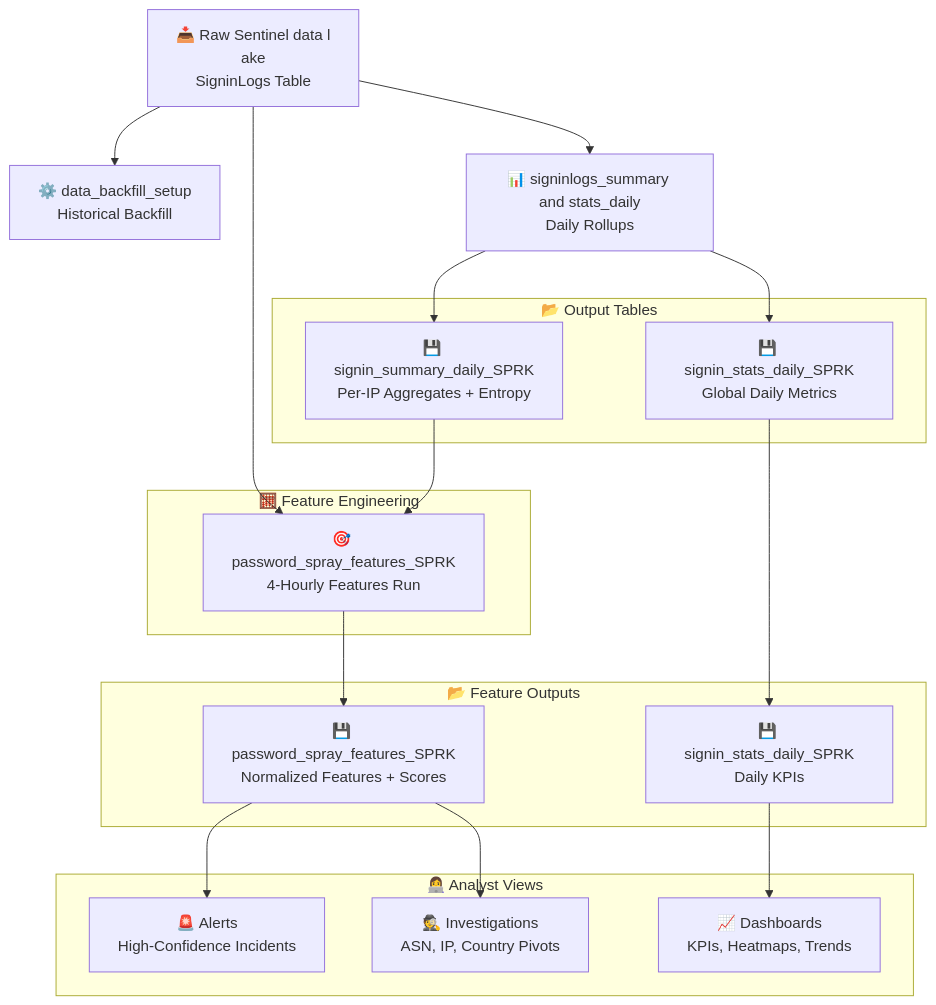
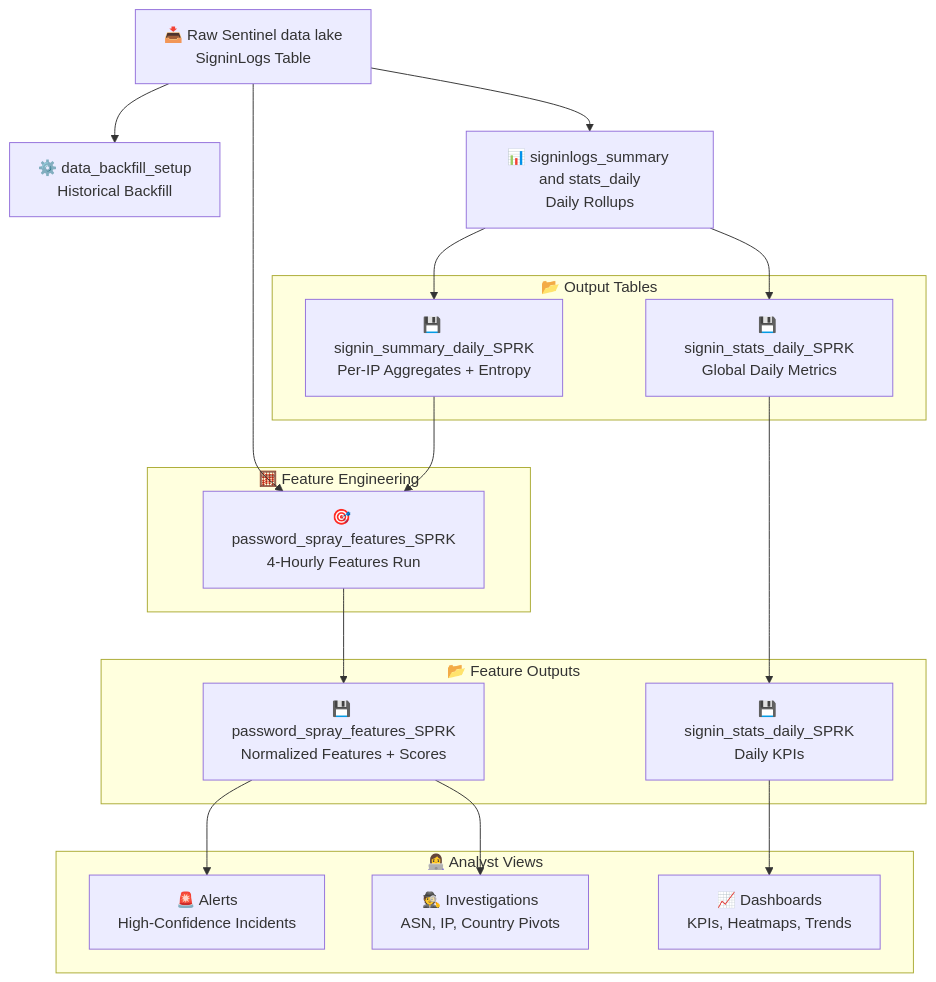
Before and after one commit to microsoft/Sentinel: the diagram in data lake/notebooks/PasswordSpray/README.md, drawn with Mermaid. The commit also changed other lines of this file and 4 other files, not shown here.

````diff
--- a/data lake/notebooks/PasswordSpray/README.md
+++ b/data lake/notebooks/PasswordSpray/README.md
@@ -49,46 +49,45 @@
 ```mermaid
 flowchart TD
     %% Raw Data
-    A[📥 Raw Sentinel data l
-    ake<br/>SigninLogs Table]
+    A[📥 Raw Sentinel data lake<br/>SigninLogs Table]
 
     %% Backfill
     A --> B[⚙️ data_backfill_setup<br/>Historical Backfill]
 
     %% Daily Summary
     A --> C[📊 signinlogs_summary and stats_daily<br/>Daily Rollups]
 
     %% Output Tables from Daily Summary
     subgraph OutputTables[📂 Output Tables]
         D1[💾 signin_summary_daily_SPRK<br/>Per-IP Aggregates + Entropy]
         D2[💾 signin_stats_daily_SPRK<br/>Global Daily Metrics]
     end
     C --> D1
     C --> D2
 
     %% Feature Notebook
     subgraph FeatureEngineering[🧮 Feature Engineering]
         E[🎯 password_spray_features_SPRK<br/>4-Hourly Features Run]
     end
     A --> E
     D1 --> E
 
     %% Outputs from Features
     subgraph FeatureOutputs[📂 Feature Outputs]
         F1[💾 password_spray_features_SPRK<br/>Normalized Features + Scores]
         F2[💾 signin_stats_daily_SPRK<br/>Daily KPIs]
     end
     E --> F1
     D2 --> F2
 
     %% Analyst Views
     subgraph AnalystViews[👩‍💻 Analyst Views]
         G1[🚨 Alerts<br/>High-Confidence Incidents]
         G2[🕵️ Investigations<br/>ASN, IP, Country Pivots]
         G3[📈 Dashboards<br/>KPIs, Heatmaps, Trends]
     end
     F1 --> G1
     F1 --> G2
     F2 --> G3
 
 ```
````
